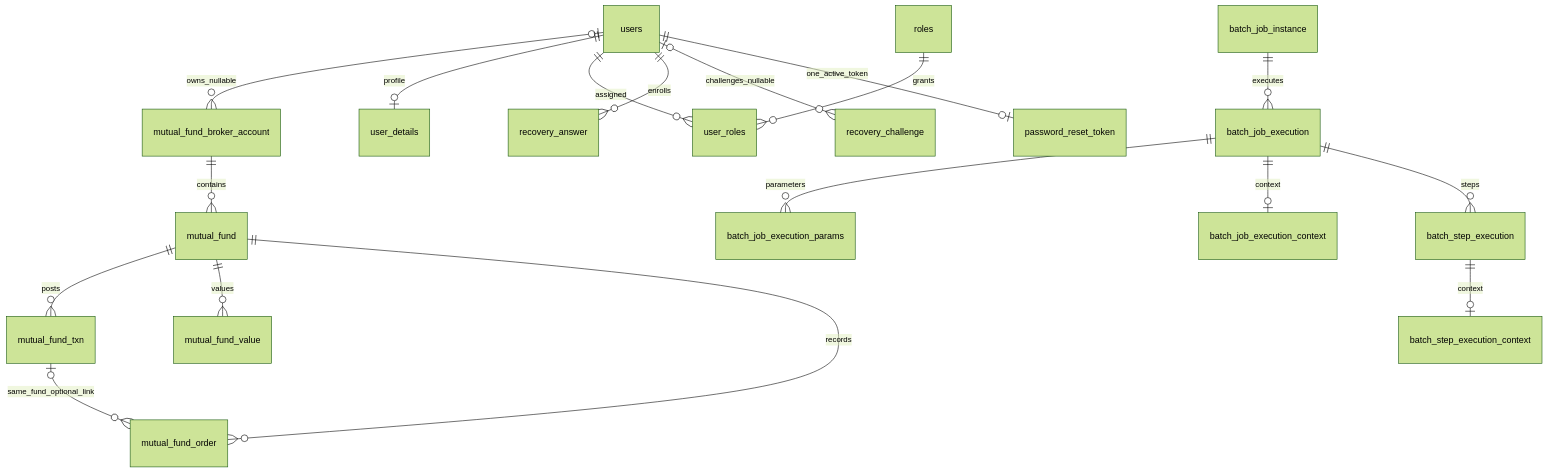
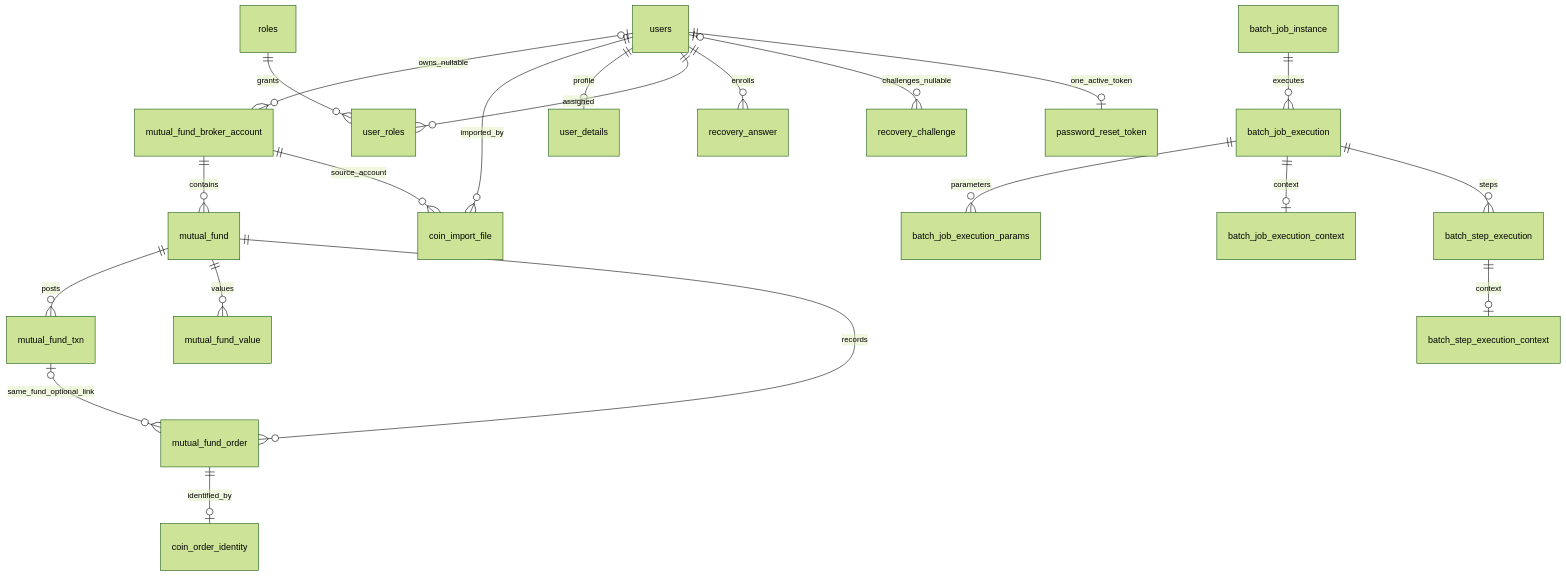
One commit to abnig/trade-parent-reactor changed the diagram in docs/project-understanding/DATA_MODEL.md. Above: the diagram before and after it, drawn with Mermaid (forest theme). The commit also changed other lines of this file and 18 other files, not shown here.

````diff
--- a/docs/project-understanding/DATA_MODEL.md
+++ b/docs/project-understanding/DATA_MODEL.md
@@ -7,20 +11,23 @@
 ```mermaid
 erDiagram
   users o|--o{ mutual_fund_broker_account : owns_nullable
   mutual_fund_broker_account ||--o{ mutual_fund : contains
   mutual_fund ||--o{ mutual_fund_txn : posts
   mutual_fund ||--o{ mutual_fund_value : values
   mutual_fund ||--o{ mutual_fund_order : records
   mutual_fund_txn o|--o{ mutual_fund_order : same_fund_optional_link
+  users ||--o{ coin_import_file : imported_by
+  mutual_fund_broker_account ||--o{ coin_import_file : source_account
+  mutual_fund_order ||--o| coin_order_identity : identified_by
   users ||--o| user_details : profile
   users ||--o{ user_roles : assigned
   roles ||--o{ user_roles : grants
   users ||--o{ recovery_answer : enrolls
   users o|--o{ recovery_challenge : challenges_nullable
   users ||--o| password_reset_token : one_active_token
   batch_job_instance ||--o{ batch_job_execution : executes
   batch_job_execution ||--o{ batch_job_execution_params : parameters
   batch_job_execution ||--o| batch_job_execution_context : context
   batch_job_execution ||--o{ batch_step_execution : steps
   batch_step_execution ||--o| batch_step_execution_context : context
 ```
````
